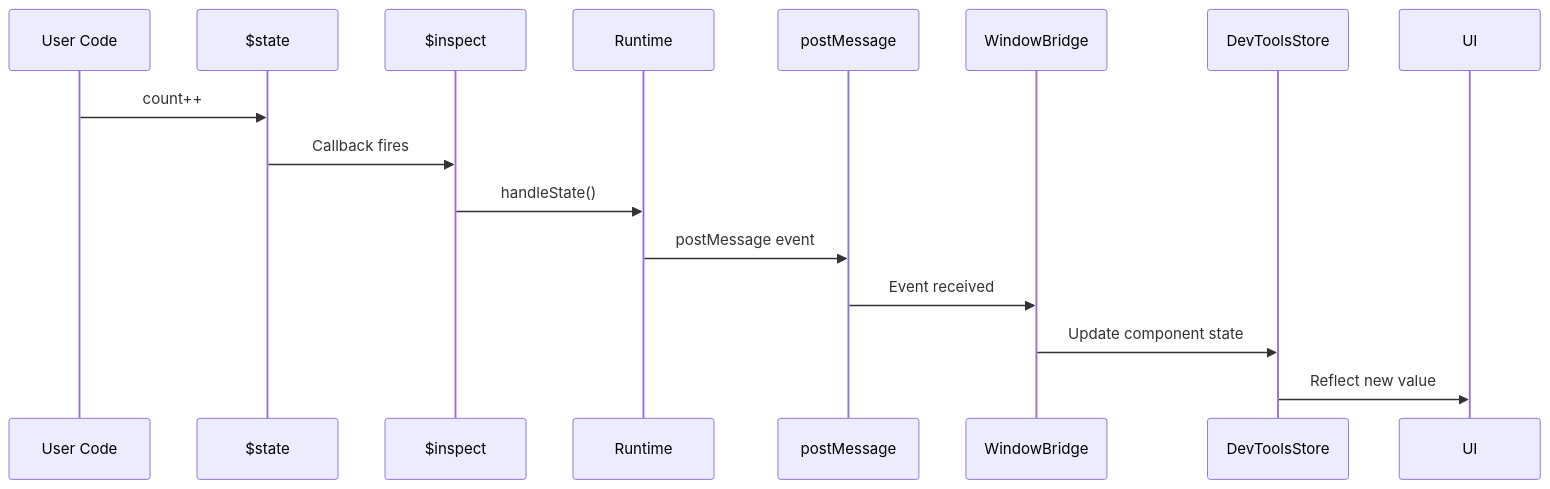
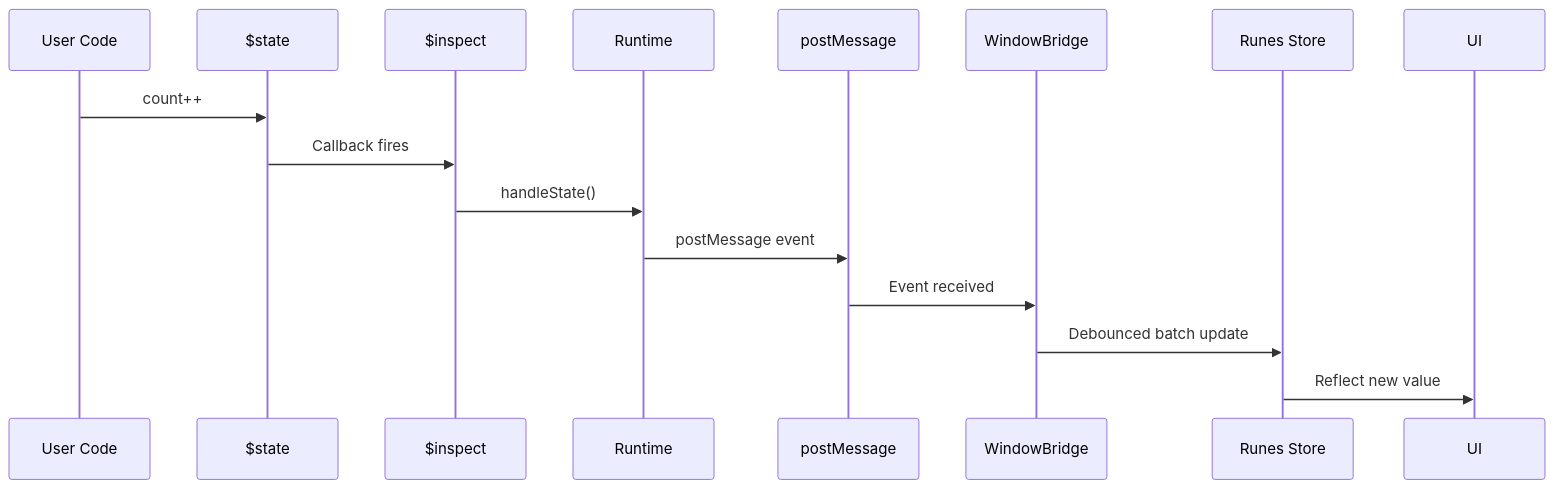
The third of 3 diagrams in docs/01_architecture.md (fsodano/svelte-devtools), drawn with Mermaid before and after one commit. The commit also changed other lines of this file and 26 other files, not shown here.

````diff
--- a/docs/01_architecture.md
+++ b/docs/01_architecture.md
@@ -118,19 +128,19 @@
 ```mermaid
 sequenceDiagram
     participant UC as User Code
     participant State as $state
     participant Inspect as $inspect
     participant Runtime as Runtime
     participant PM as postMessage
     participant WB as WindowBridge
-    participant Store as DevToolsStore
+    participant Store as Runes Store
     participant UI as UI
 
     UC->>State: count++
     State->>Inspect: Callback fires
     Inspect->>Runtime: handleState()
     Runtime->>PM: postMessage event
     PM->>WB: Event received
-    WB->>Store: Update component state
+    WB->>Store: Debounced batch update
     Store->>UI: Reflect new value
 ```
````
